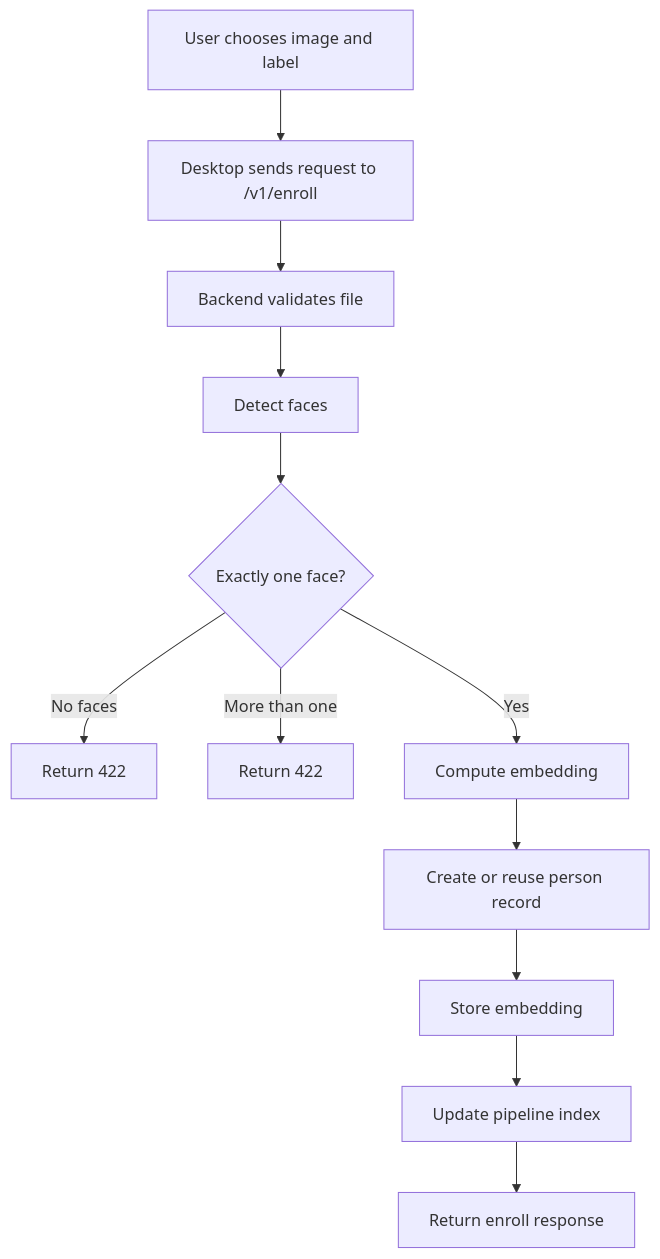
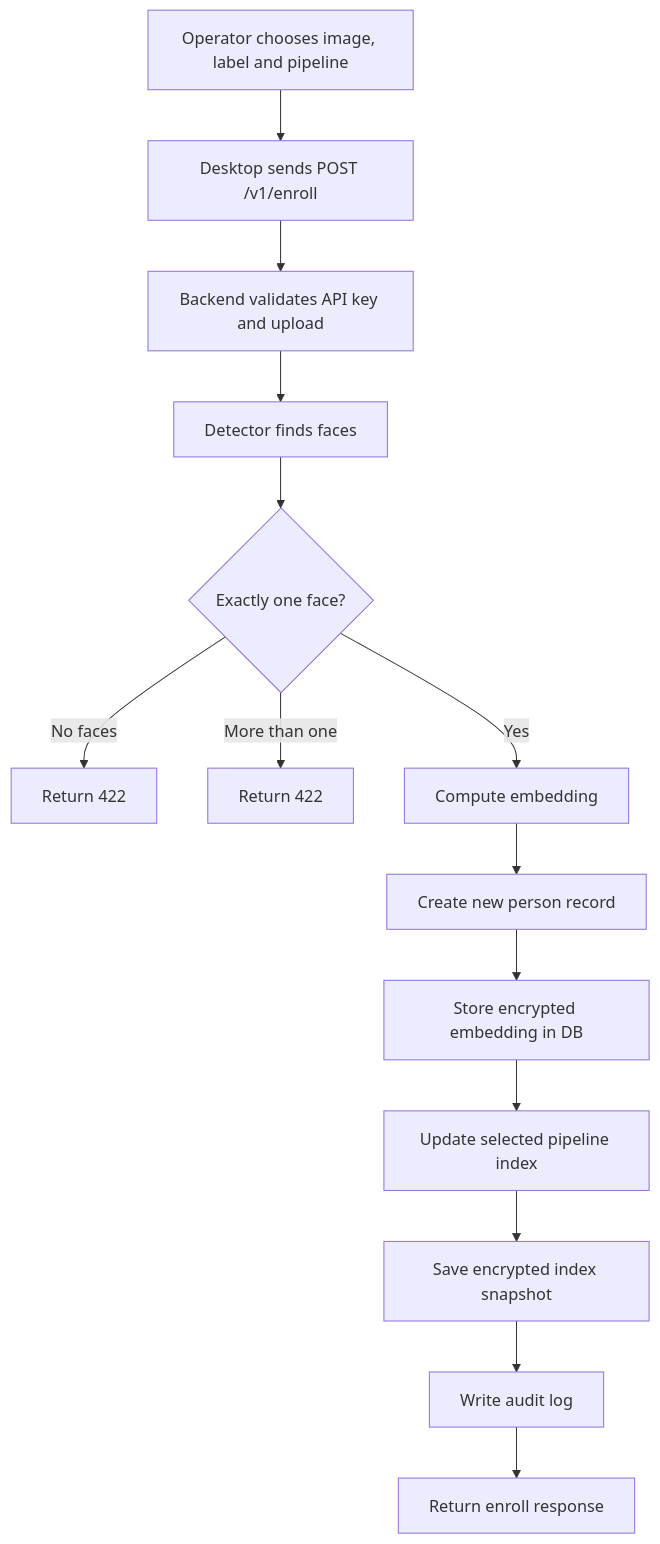
One commit to buytheaway/DiplomaWork changed the diagram in Obsidian_Diploma_Vault/04_Diagrams/03_Enroll_Flow_Diagram.md. Above: the diagram before and after it, drawn with Mermaid. The commit also changed other lines of this file and 46 other files, not shown here.

````diff
--- a/Obsidian_Diploma_Vault/04_Diagrams/03_Enroll_Flow_Diagram.md
+++ b/Obsidian_Diploma_Vault/04_Diagrams/03_Enroll_Flow_Diagram.md
@@ -9,14 +9,16 @@
 ```mermaid
 flowchart TD
-    A[User chooses image and label] --> B[Desktop sends request to /v1/enroll]
-    B --> C[Backend validates file]
-    C --> D[Detect faces]
+    A[Operator chooses image, label and pipeline] --> B[Desktop sends POST /v1/enroll]
+    B --> C[Backend validates API key and upload]
+    C --> D[Detector finds faces]
     D --> E{Exactly one face?}
     E -- No faces --> F[Return 422]
     E -- More than one --> G[Return 422]
     E -- Yes --> H[Compute embedding]
-    H --> I[Create or reuse person record]
-    I --> J[Store embedding]
-    J --> K[Update pipeline index]
-    K --> L[Return enroll response]
+    H --> I[Create new person record]
+    I --> J[Store encrypted embedding in DB]
+    J --> K[Update selected pipeline index]
+    K --> L[Save encrypted index snapshot]
+    L --> M[Write audit log]
+    M --> N[Return enroll response]
 ```
````
